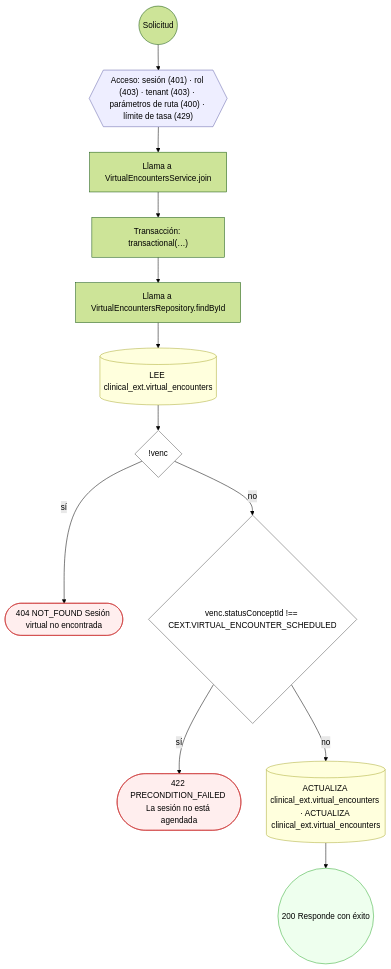
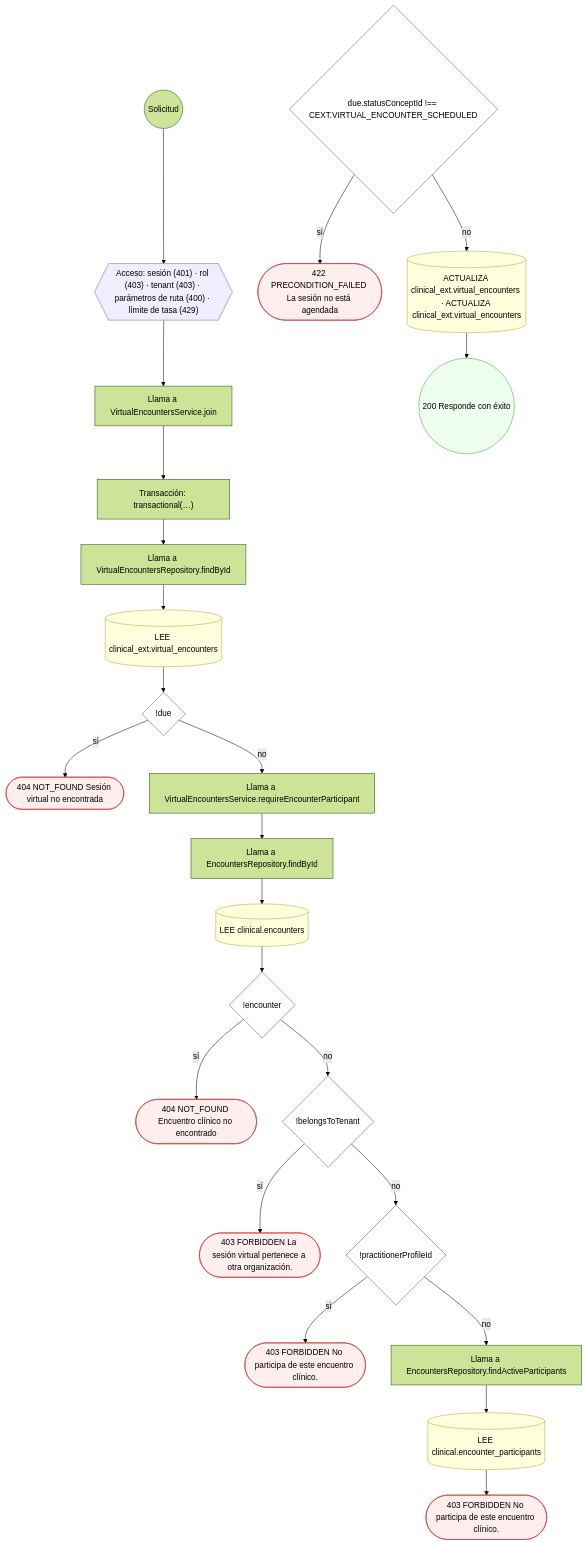
One commit to mdavila-2001/mantra-core-health-api changed diagram 24 of 24 in docs/inventario/flujos/clinical_ext.md. Above: the diagram before and after it, drawn with Mermaid (forest theme). The commit also changed other lines of this file and 451 other files, not shown here.

````diff
--- a/docs/inventario/flujos/clinical_ext.md
+++ b/docs/inventario/flujos/clinical_ext.md
@@ -1349,32 +1490,55 @@
 ```mermaid
 flowchart TD
   n1(("Solicitud")):::inicio
   n2{{"Acceso: sesión (401) · rol (403) · tenant (403) · parámetros de ruta (400) · límite de tasa (429)"}}:::acceso
   n1 --> n2
   n3["Llama a VirtualEncountersService.join"]:::llamada
   n2 --> n3
   n4["Transacción: transactional(…)"]:::transaccion
   n3 --> n4
   n5["Llama a VirtualEncountersRepository.findById"]:::llamada
   n4 --> n5
   n6[("LEE clinical_ext.virtual_encounters")]:::efecto
   n5 --> n6
-  n7{"!venc"}:::decision
+  n7{"!due"}:::decision
   n6 --> n7
   n8(["404 NOT_FOUND Sesión virtual no encontrada"]):::error
   n7 -->|"sí"| n8
-  n9{"venc.statusConceptId !== CEXT.VIRTUAL_ENCOUNTER_SCHEDULED"}:::decision
+  n9["Llama a VirtualEncountersService.requireEncounterParticipant"]:::llamada
   n7 -->|"no"| n9
-  n10(["422 PRECONDITION_FAILED La sesión no está agendada"]):::error
-  n9 -->|"sí"| n10
-  n11[("ACTUALIZA clinical_ext.virtual_encounters · ACTUALIZA clinical_ext.virtual_encounters")]:::efecto
-  n9 -->|"no"| n11
-  n12(("200 Responde con éxito")):::ok
+  n10["Llama a EncountersRepository.findById"]:::llamada
+  n9 --> n10
+  n11[("LEE clinical.encounters")]:::efecto
+  n10 --> n11
+  n12{"!encounter"}:::decision
   n11 --> n12
+  n13(["404 NOT_FOUND Encuentro clínico no encontrado"]):::error
+  n12 -->|"sí"| n13
+  n14{"!belongsToTenant"}:::decision
+  n12 -->|"no"| n14
+  n15(["403 FORBIDDEN La sesión virtual pertenece a otra organización."]):::error
+  n14 -->|"sí"| n15
+  n16{"!practitionerProfileId"}:::decision
+  n14 -->|"no"| n16
+  n17(["403 FORBIDDEN No participa de este encuentro clínico."]):::error
+  n16 -->|"sí"| n17
+  n18["Llama a EncountersRepository.findActiveParticipants"]:::llamada
+  n16 -->|"no"| n18
+  n19[("LEE clinical.encounter_participants")]:::efecto
+  n18 --> n19
+  n20(["403 FORBIDDEN No participa de este encuentro clínico."]):::error
+  n19 --> n20
+  n21{"due.statusConceptId !== CEXT.VIRTUAL_ENCOUNTER_SCHEDULED"}:::decision
+  n22(["422 PRECONDITION_FAILED La sesión no está agendada"]):::error
+  n21 -->|"sí"| n22
+  n23[("ACTUALIZA clinical_ext.virtual_encounters · ACTUALIZA clinical_ext.virtual_encounters")]:::efecto
+  n21 -->|"no"| n23
+  n24(("200 Responde con éxito")):::ok
+  n23 --> n24
   classDef acceso fill:#eef,stroke:#66a
   classDef error fill:#fee,stroke:#c33
   classDef ok fill:#efe,stroke:#3a3
   classDef efecto fill:#ffd,stroke:#aa3
   classDef decision fill:#fff,stroke:#555
   classDef corte fill:#eee,stroke:#999,stroke-dasharray: 4
 ```
````
